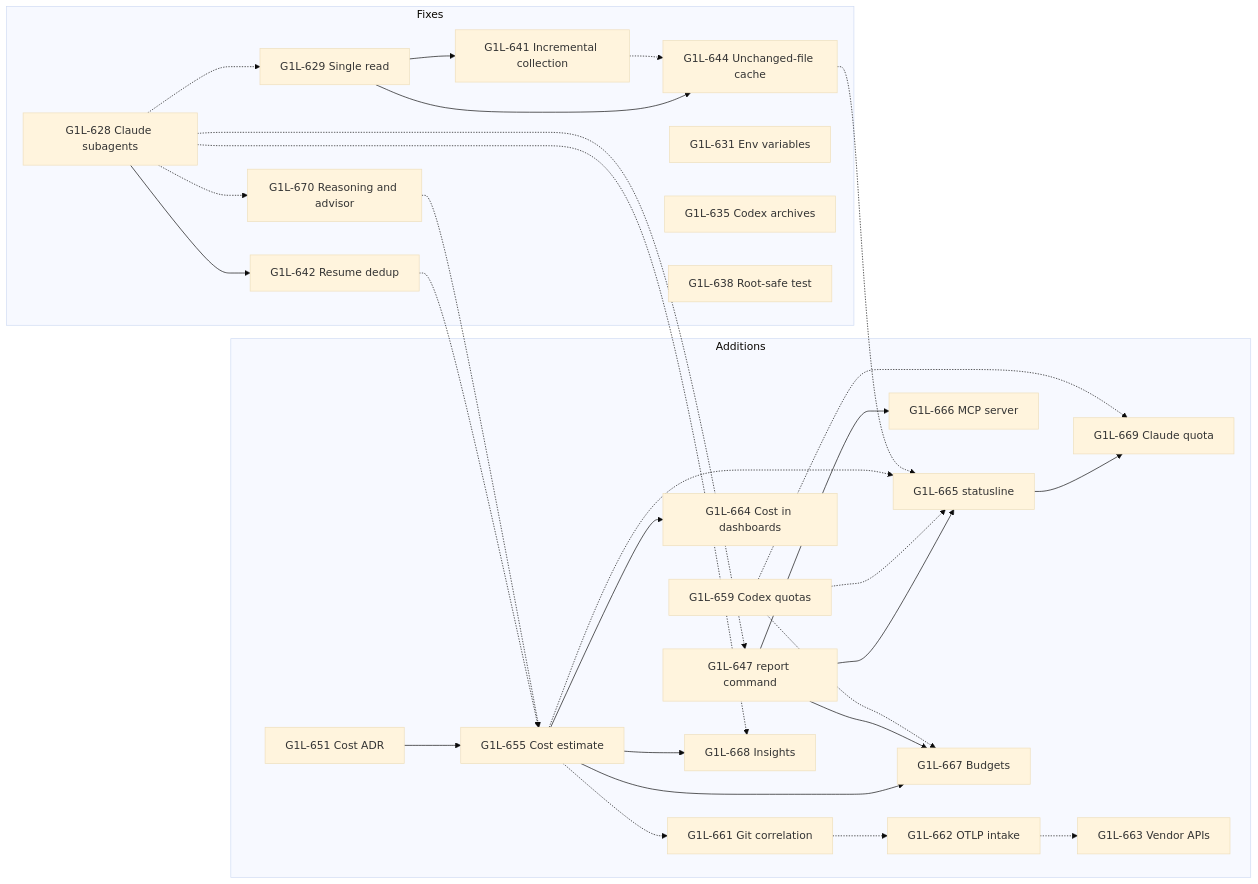
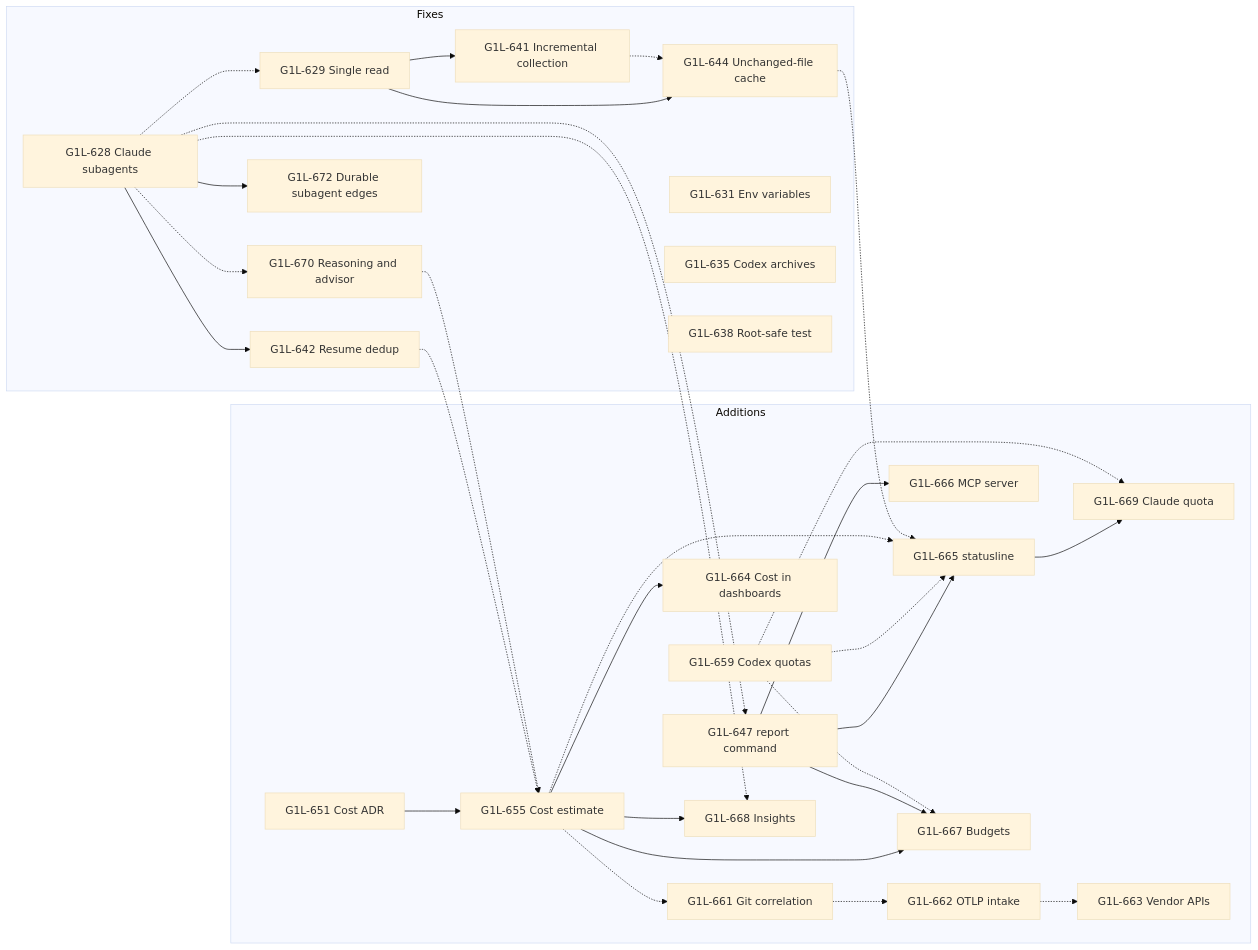
One commit to Guillaume-Lombardo/cli-consumption changed the diagram in docs/backlog/2026-10-review.md. Above: the diagram before and after it, drawn with Mermaid (base theme). The commit also changed other lines of this file and 6 other files, not shown here.

````diff
--- a/docs/backlog/2026-10-review.md
+++ b/docs/backlog/2026-10-review.md
@@ -61,55 +62,57 @@
 ```mermaid
 flowchart LR
   subgraph Fixes
     A[G1L-628 Claude subagents]
     B[G1L-629 Single read]
     C[G1L-641 Incremental collection]
     F[G1L-642 Resume dedup]
     G[G1L-644 Unchanged-file cache]
     D[G1L-631 Env variables]
     E[G1L-635 Codex archives]
     H[G1L-638 Root-safe test]
     V[G1L-670 Reasoning and advisor]
+    X[G1L-672 Durable subagent edges]
   end
   subgraph Additions
     I[G1L-647 report command]
     K[G1L-651 Cost ADR]
     L[G1L-655 Cost estimate]
     M[G1L-664 Cost in dashboards]
     N[G1L-659 Codex quotas]
     W[G1L-669 Claude quota]
     O[G1L-665 statusline]
     P[G1L-666 MCP server]
     Q[G1L-661 Git correlation]
     R[G1L-662 OTLP intake]
     S[G1L-663 Vendor APIs]
     T[G1L-667 Budgets]
     U[G1L-668 Insights]
   end
   B --> C
   B --> G
   A --> F
+  A --> X
   K --> L
   L --> M
   L --> T
   L --> U
   I --> O
   I --> P
   I --> T
   O --> W
   A -.-> B
   C -.-> G
   A -.-> I
   F -.-> L
   N -.-> O
   L -.-> O
   G -.-> O
   N -.-> T
   L -.-> Q
   Q -.-> R
   R -.-> S
   A -.-> U
   N -.-> W
   A -.-> V
   V -.-> L
 ```
````
